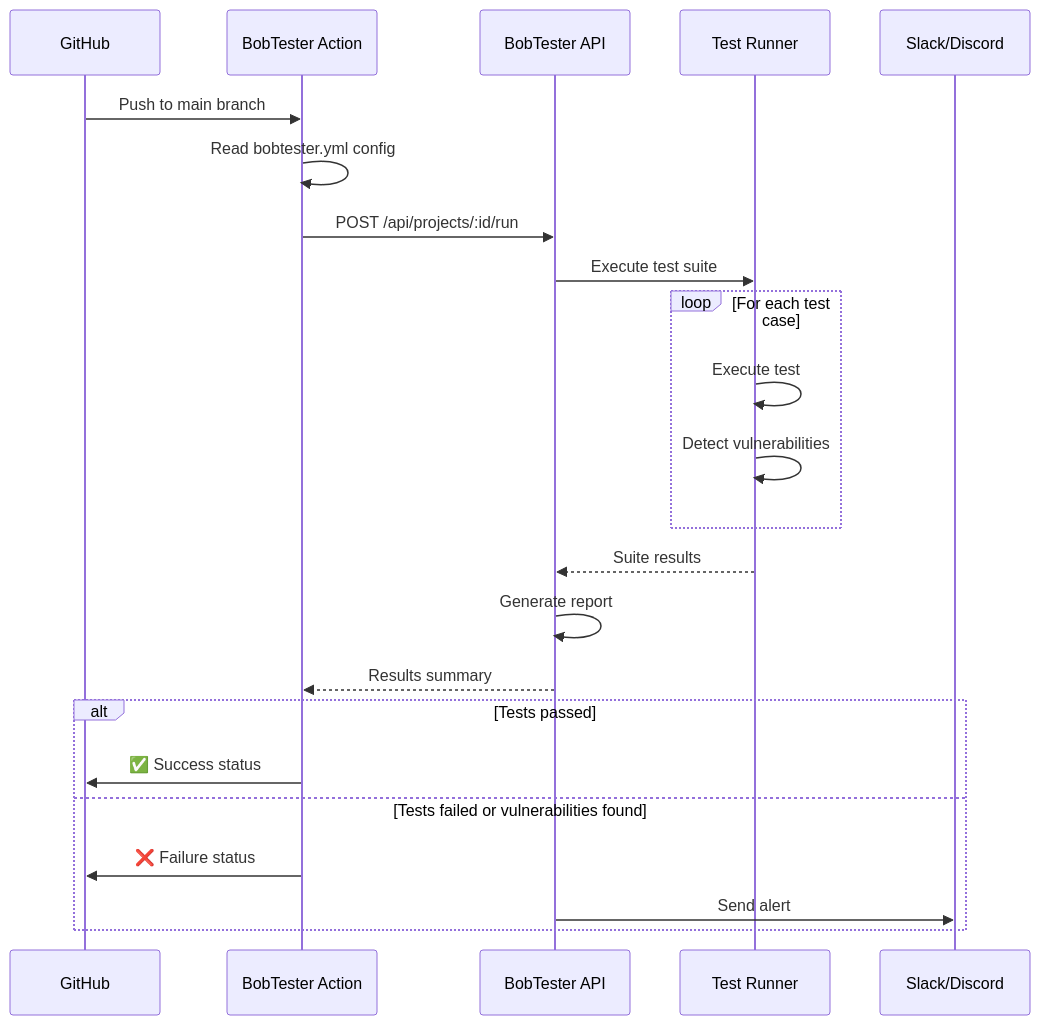
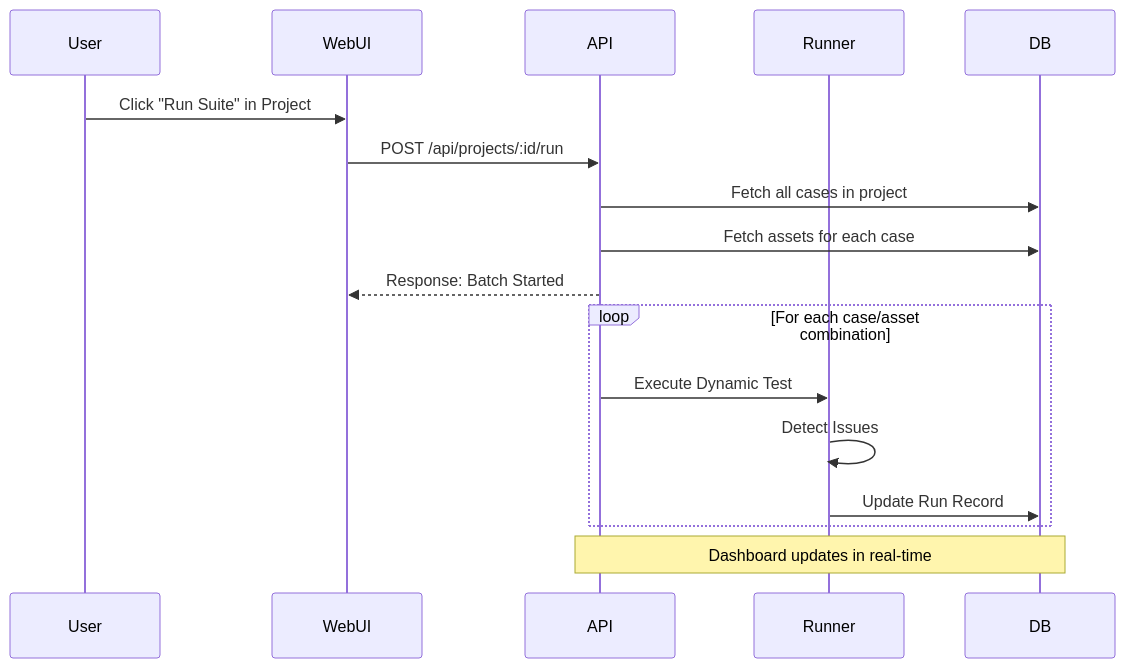
The third of 3 diagrams in llm-context/flow.md (ngezLin/bobtester), drawn with Mermaid before and after one commit. The commit also changed other lines of this file and 18 other files, not shown here.

````diff
--- a/llm-context/flow.md
+++ b/llm-context/flow.md
@@ -133,29 +78,22 @@
 ```mermaid
 sequenceDiagram
-    participant GH as GitHub
-    participant Action as BobTester Action
-    participant API as BobTester API
-    participant Runner as Test Runner
-    participant Slack as Slack/Discord
+    participant User
+    participant WebUI
+    participant API
+    participant Runner
+    participant DB
 
-    GH->>Action: Push to main branch
-    Action->>Action: Read bobtester.yml config
-    Action->>API: POST /api/projects/:id/run
-    API->>Runner: Execute test suite
-
-    loop For each test case
-        Runner->>Runner: Execute test
-        Runner->>Runner: Detect vulnerabilities
+    User->>WebUI: Click "Run Suite" in Project
+    WebUI->>API: POST /api/projects/:id/run
+    API->>DB: Fetch all cases in project
+    API->>DB: Fetch assets for each case
+    API-->>WebUI: Response: Batch Started
+    
+    loop For each case/asset combination
+        API->>Runner: Execute Dynamic Test
+        Runner->>Runner: Detect Issues
+        Runner->>DB: Update Run Record
     end
-
-    Runner-->>API: Suite results
-    API->>API: Generate report
-    API-->>Action: Results summary
-
-    alt Tests passed
-        Action->>GH: ✅ Success status
-    else Tests failed or vulnerabilities found
-        Action->>GH: ❌ Failure status
-        API->>Slack: Send alert
-    end
+    
+    Note over API,DB: Dashboard updates in real-time
 ```
````
